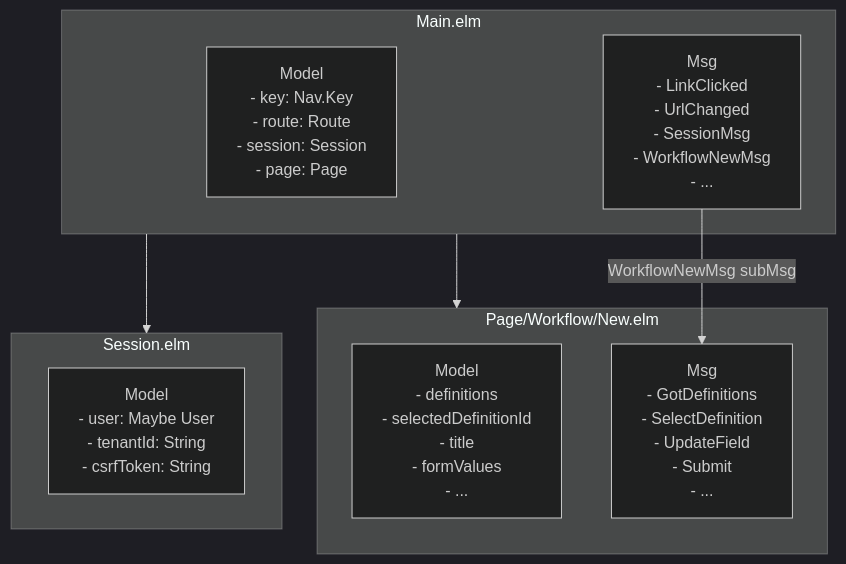
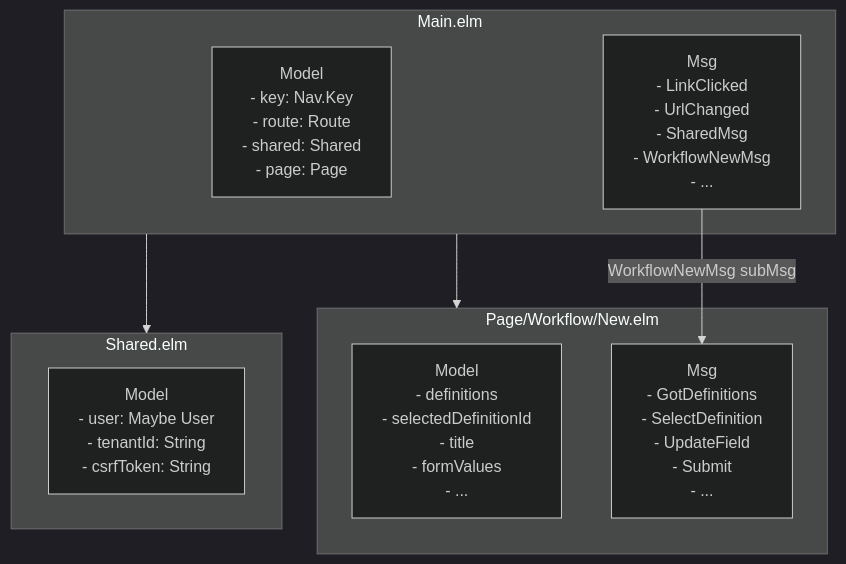
Before and after one commit to ka2kama/ringiflow: the first of 7 diagrams in docs/03_詳細設計書/10_ワークフロー申請フォームUI設計.md, drawn with Mermaid (dark theme). The commit also changed other lines of this file and 9 other files, not shown here.

First line of the commit message:
Session を Shared にリネーム (#160)

````diff
--- a/docs/03_詳細設計書/10_ワークフロー申請フォームUI設計.md
+++ b/docs/03_詳細設計書/10_ワークフロー申請フォームUI設計.md
@@ -36,20 +36,20 @@
 ```mermaid
 flowchart TB
     subgraph Main["Main.elm"]
-        MainModel["Model<br/>- key: Nav.Key<br/>- route: Route<br/>- session: Session<br/>- page: Page"]
-        MainMsg["Msg<br/>- LinkClicked<br/>- UrlChanged<br/>- SessionMsg<br/>- WorkflowNewMsg<br/>- ..."]
+        MainModel["Model<br/>- key: Nav.Key<br/>- route: Route<br/>- shared: Shared<br/>- page: Page"]
+        MainMsg["Msg<br/>- LinkClicked<br/>- UrlChanged<br/>- SharedMsg<br/>- WorkflowNewMsg<br/>- ..."]
     end
 
-    subgraph Session["Session.elm"]
-        SessionModel["Model<br/>- user: Maybe User<br/>- tenantId: String<br/>- csrfToken: String"]
+    subgraph Shared["Shared.elm"]
+        SharedModel["Model<br/>- user: Maybe User<br/>- tenantId: String<br/>- csrfToken: String"]
     end
 
     subgraph WorkflowNew["Page/Workflow/New.elm"]
         PageModel["Model<br/>- definitions<br/>- selectedDefinitionId<br/>- title<br/>- formValues<br/>- ..."]
         PageMsg["Msg<br/>- GotDefinitions<br/>- SelectDefinition<br/>- UpdateField<br/>- Submit<br/>- ..."]
     end
 
-    Main --> Session
+    Main --> Shared
     Main --> WorkflowNew
     MainMsg -->|"WorkflowNewMsg subMsg"| PageMsg
 ```
````
